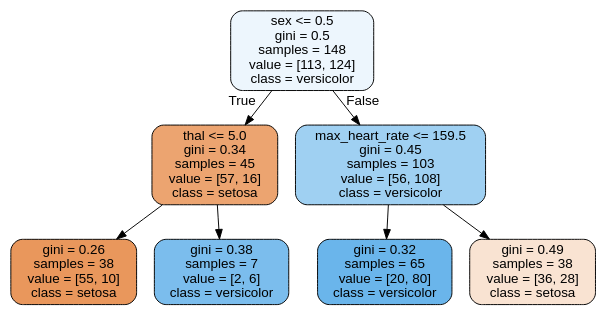
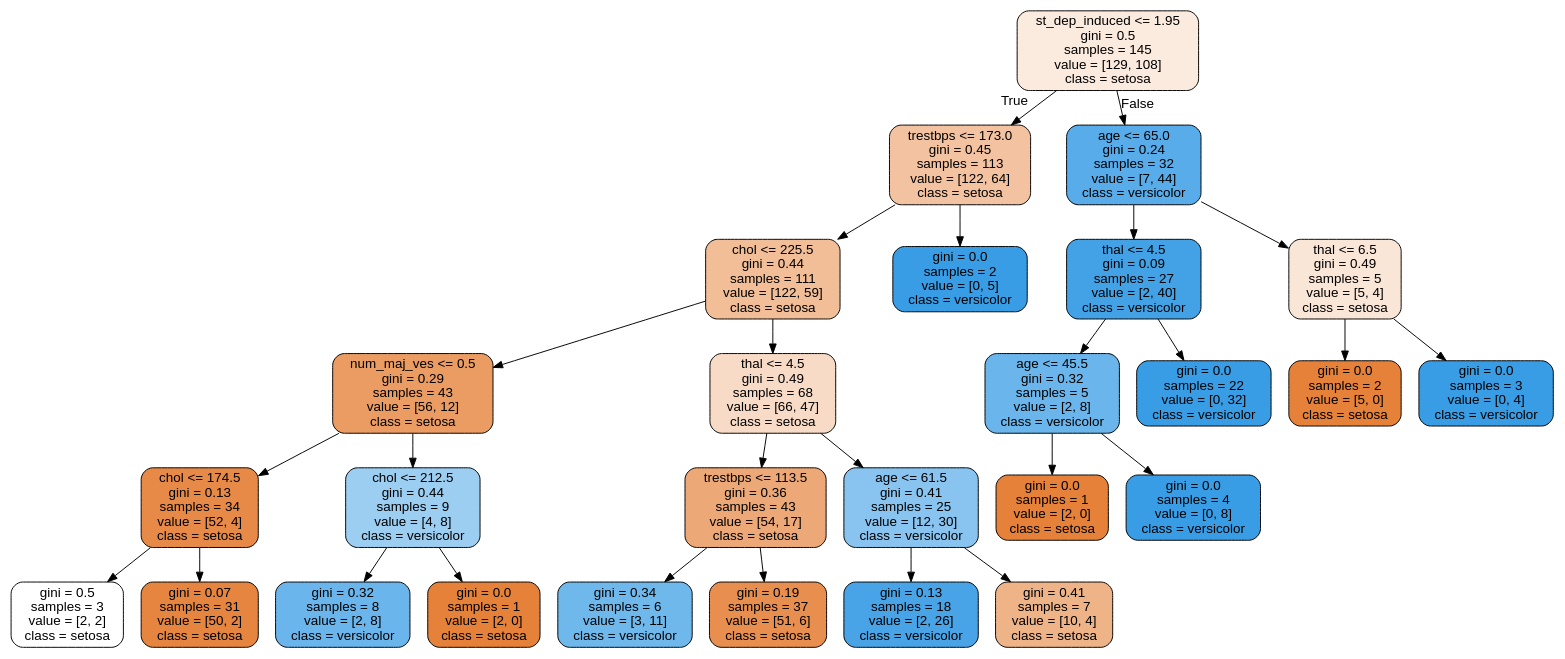
The diagram in notebooks/tree.dot (LoomisLoud/explain-ml), drawn with Graphviz before and after one commit. The commit also changed 2 other files, not shown here.

```diff
--- a/notebooks/tree.dot
+++ b/notebooks/tree.dot
@@ -1,17 +1,57 @@
 digraph Tree {
 node [shape=box, style="filled, rounded", color="black", fontname=helvetica] ;
 edge [fontname=helvetica] ;
-0 [label="sex <= 0.5\ngini = 0.5\nsamples = 148\nvalue = [113, 124]\nclass = versicolor", fillcolor="#399de517"] ;
-1 [label="thal <= 5.0\ngini = 0.34\nsamples = 45\nvalue = [57, 16]\nclass = setosa", fillcolor="#e58139b7"] ;
+0 [label="st_dep_induced <= 1.95\ngini = 0.5\nsamples = 145\nvalue = [129, 108]\nclass = setosa", fillcolor="#e581392a"] ;
+1 [label="trestbps <= 173.0\ngini = 0.45\nsamples = 113\nvalue = [122, 64]\nclass = setosa", fillcolor="#e5813979"] ;
 0 -> 1 [labeldistance=2.5, labelangle=45, headlabel="True"] ;
-2 [label="gini = 0.26\nsamples = 38\nvalue = [55, 10]\nclass = setosa", fillcolor="#e58139d1"] ;
+2 [label="chol <= 225.5\ngini = 0.44\nsamples = 111\nvalue = [122, 59]\nclass = setosa", fillcolor="#e5813984"] ;
 1 -> 2 ;
-3 [label="gini = 0.38\nsamples = 7\nvalue = [2, 6]\nclass = versicolor", fillcolor="#399de5aa"] ;
-1 -> 3 ;
-4 [label="max_heart_rate <= 159.5\ngini = 0.45\nsamples = 103\nvalue = [56, 108]\nclass = versicolor", fillcolor="#399de57b"] ;
-0 -> 4 [labeldistance=2.5, labelangle=-45, headlabel="False"] ;
-5 [label="gini = 0.32\nsamples = 65\nvalue = [20, 80]\nclass = versicolor", fillcolor="#399de5bf"] ;
+3 [label="num_maj_ves <= 0.5\ngini = 0.29\nsamples = 43\nvalue = [56, 12]\nclass = setosa", fillcolor="#e58139c8"] ;
+2 -> 3 ;
+4 [label="chol <= 174.5\ngini = 0.13\nsamples = 34\nvalue = [52, 4]\nclass = setosa", fillcolor="#e58139eb"] ;
+3 -> 4 ;
+5 [label="gini = 0.5\nsamples = 3\nvalue = [2, 2]\nclass = setosa", fillcolor="#e5813900"] ;
 4 -> 5 ;
-6 [label="gini = 0.49\nsamples = 38\nvalue = [36, 28]\nclass = setosa", fillcolor="#e5813939"] ;
+6 [label="gini = 0.07\nsamples = 31\nvalue = [50, 2]\nclass = setosa", fillcolor="#e58139f5"] ;
 4 -> 6 ;
+7 [label="chol <= 212.5\ngini = 0.44\nsamples = 9\nvalue = [4, 8]\nclass = versicolor", fillcolor="#399de57f"] ;
+3 -> 7 ;
+8 [label="gini = 0.32\nsamples = 8\nvalue = [2, 8]\nclass = versicolor", fillcolor="#399de5bf"] ;
+7 -> 8 ;
+9 [label="gini = 0.0\nsamples = 1\nvalue = [2, 0]\nclass = setosa", fillcolor="#e58139ff"] ;
+7 -> 9 ;
+10 [label="thal <= 4.5\ngini = 0.49\nsamples = 68\nvalue = [66, 47]\nclass = setosa", fillcolor="#e5813949"] ;
+2 -> 10 ;
+11 [label="trestbps <= 113.5\ngini = 0.36\nsamples = 43\nvalue = [54, 17]\nclass = setosa", fillcolor="#e58139af"] ;
+10 -> 11 ;
+12 [label="gini = 0.34\nsamples = 6\nvalue = [3, 11]\nclass = versicolor", fillcolor="#399de5b9"] ;
+11 -> 12 ;
+13 [label="gini = 0.19\nsamples = 37\nvalue = [51, 6]\nclass = setosa", fillcolor="#e58139e1"] ;
+11 -> 13 ;
+14 [label="age <= 61.5\ngini = 0.41\nsamples = 25\nvalue = [12, 30]\nclass = versicolor", fillcolor="#399de599"] ;
+10 -> 14 ;
+15 [label="gini = 0.13\nsamples = 18\nvalue = [2, 26]\nclass = versicolor", fillcolor="#399de5eb"] ;
+14 -> 15 ;
+16 [label="gini = 0.41\nsamples = 7\nvalue = [10, 4]\nclass = setosa", fillcolor="#e5813999"] ;
+14 -> 16 ;
+17 [label="gini = 0.0\nsamples = 2\nvalue = [0, 5]\nclass = versicolor", fillcolor="#399de5ff"] ;
+1 -> 17 ;
+18 [label="age <= 65.0\ngini = 0.24\nsamples = 32\nvalue = [7, 44]\nclass = versicolor", fillcolor="#399de5d6"] ;
+0 -> 18 [labeldistance=2.5, labelangle=-45, headlabel="False"] ;
+19 [label="thal <= 4.5\ngini = 0.09\nsamples = 27\nvalue = [2, 40]\nclass = versicolor", fillcolor="#399de5f2"] ;
+18 -> 19 ;
+20 [label="age <= 45.5\ngini = 0.32\nsamples = 5\nvalue = [2, 8]\nclass = versicolor", fillcolor="#399de5bf"] ;
+19 -> 20 ;
+21 [label="gini = 0.0\nsamples = 1\nvalue = [2, 0]\nclass = setosa", fillcolor="#e58139ff"] ;
+20 -> 21 ;
+22 [label="gini = 0.0\nsamples = 4\nvalue = [0, 8]\nclass = versicolor", fillcolor="#399de5ff"] ;
+20 -> 22 ;
+23 [label="gini = 0.0\nsamples = 22\nvalue = [0, 32]\nclass = versicolor", fillcolor="#399de5ff"] ;
+19 -> 23 ;
+24 [label="thal <= 6.5\ngini = 0.49\nsamples = 5\nvalue = [5, 4]\nclass = setosa", fillcolor="#e5813933"] ;
+18 -> 24 ;
+25 [label="gini = 0.0\nsamples = 2\nvalue = [5, 0]\nclass = setosa", fillcolor="#e58139ff"] ;
+24 -> 25 ;
+26 [label="gini = 0.0\nsamples = 3\nvalue = [0, 4]\nclass = versicolor", fillcolor="#399de5ff"] ;
+24 -> 26 ;
 }
```
